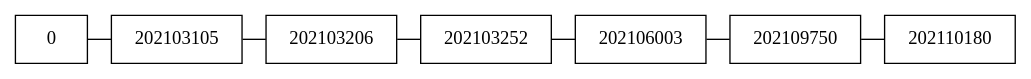
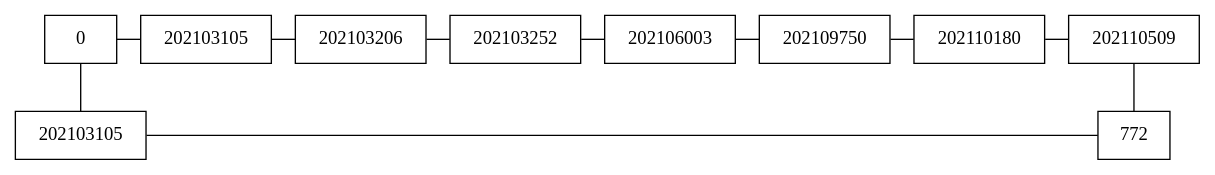
One commit to Juanj098/EDD_VD2S2023_PY_201900532 changed the diagram in matriz.dot. Above: the diagram before and after it, drawn with Graphviz. The commit also changed 7 other files, not shown here.

```diff
--- a/matriz.dot
+++ b/matriz.dot
@@ -1,20 +1,29 @@
 
 digraph G {
 	node[shape=cluster]
 	rankdir=UD
 	{rank = min
 		nodo00[label="0" rankdir=LR group="0"]
 		nodo20[label="202103105" rankdir=LR group="2"]
 		nodo30[label="202103206" rankdir=LR group="3"]
 		nodo40[label="202103252" rankdir=LR group="4"]
 		nodo50[label="202106003" rankdir=LR group="5"]
 		nodo60[label="202109750" rankdir=LR group="6"]
 		nodo70[label="202110180" rankdir=LR group="7"]
+		nodo80[label="202110509" rankdir=LR group="8"]
+}
+	{rank=same
+		nodo02[label="202103105" group="0"]
+		nodo82[label="772" group="8"]
 }
 	nodo00 -> nodo20[arrowhead=none]
 	nodo20 -> nodo30[arrowhead=none]
 	nodo30 -> nodo40[arrowhead=none]
 	nodo40 -> nodo50[arrowhead=none]
 	nodo50 -> nodo60[arrowhead=none]
 	nodo60 -> nodo70[arrowhead=none]
+	nodo70 -> nodo80[arrowhead=none]
+	nodo02 -> nodo82[arrowhead=none]
+	nodo00 -> nodo02[arrowhead=none]
+	nodo80 -> nodo82[arrowhead=none]
 }
```
